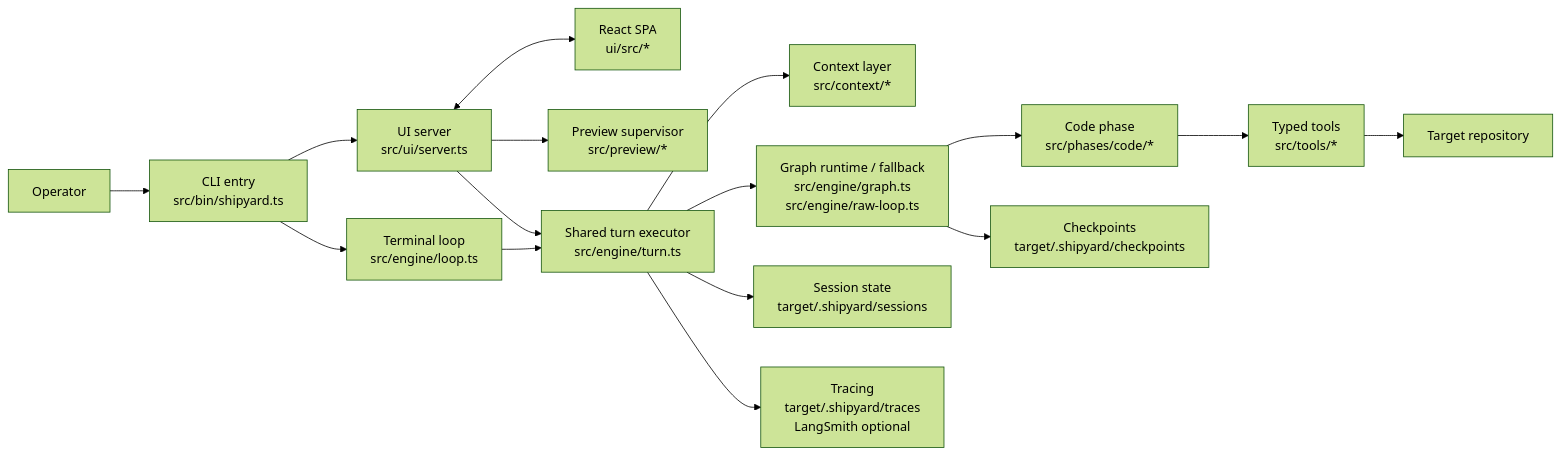
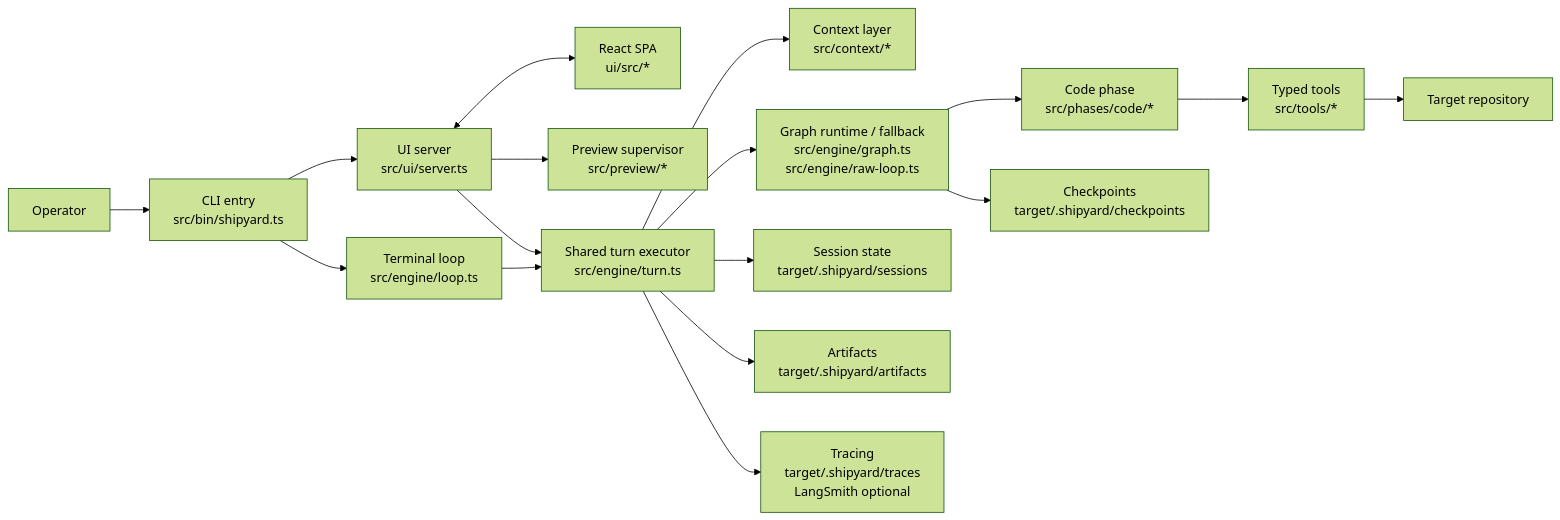
One commit to thisisyoussef/shipyard changed the first of 3 diagrams in shipyard/docs/architecture/README.md. Above: the diagram before and after it, drawn with Mermaid (forest theme). The commit also changed other lines of this file and 24 other files, not shown here.

````diff
--- a/shipyard/docs/architecture/README.md
+++ b/shipyard/docs/architecture/README.md
@@ -18,34 +18,36 @@
 ```mermaid
 flowchart LR
   User["Operator"]
   CLI["CLI entry<br/>src/bin/shipyard.ts"]
   Loop["Terminal loop<br/>src/engine/loop.ts"]
   UiServer["UI server<br/>src/ui/server.ts"]
   Spa["React SPA<br/>ui/src/*"]
   Preview["Preview supervisor<br/>src/preview/*"]
   Turn["Shared turn executor<br/>src/engine/turn.ts"]
   Context["Context layer<br/>src/context/*"]
   Graph["Graph runtime / fallback<br/>src/engine/graph.ts<br/>src/engine/raw-loop.ts"]
   Phase["Code phase<br/>src/phases/code/*"]
   Tools["Typed tools<br/>src/tools/*"]
   Target["Target repository"]
   Session["Session state<br/>target/.shipyard/sessions"]
   Checkpoints["Checkpoints<br/>target/.shipyard/checkpoints"]
+  Artifacts["Artifacts<br/>target/.shipyard/artifacts"]
   Traces["Tracing<br/>target/.shipyard/traces<br/>LangSmith optional"]
 
   User --> CLI
   CLI --> Loop
   CLI --> UiServer
   UiServer <--> Spa
   UiServer --> Preview
   Loop --> Turn
   UiServer --> Turn
   Turn --> Context
   Turn --> Graph
   Graph --> Phase
   Phase --> Tools
   Tools --> Target
   Turn --> Session
+  Turn --> Artifacts
   Graph --> Checkpoints
   Turn --> Traces
 ```
````
